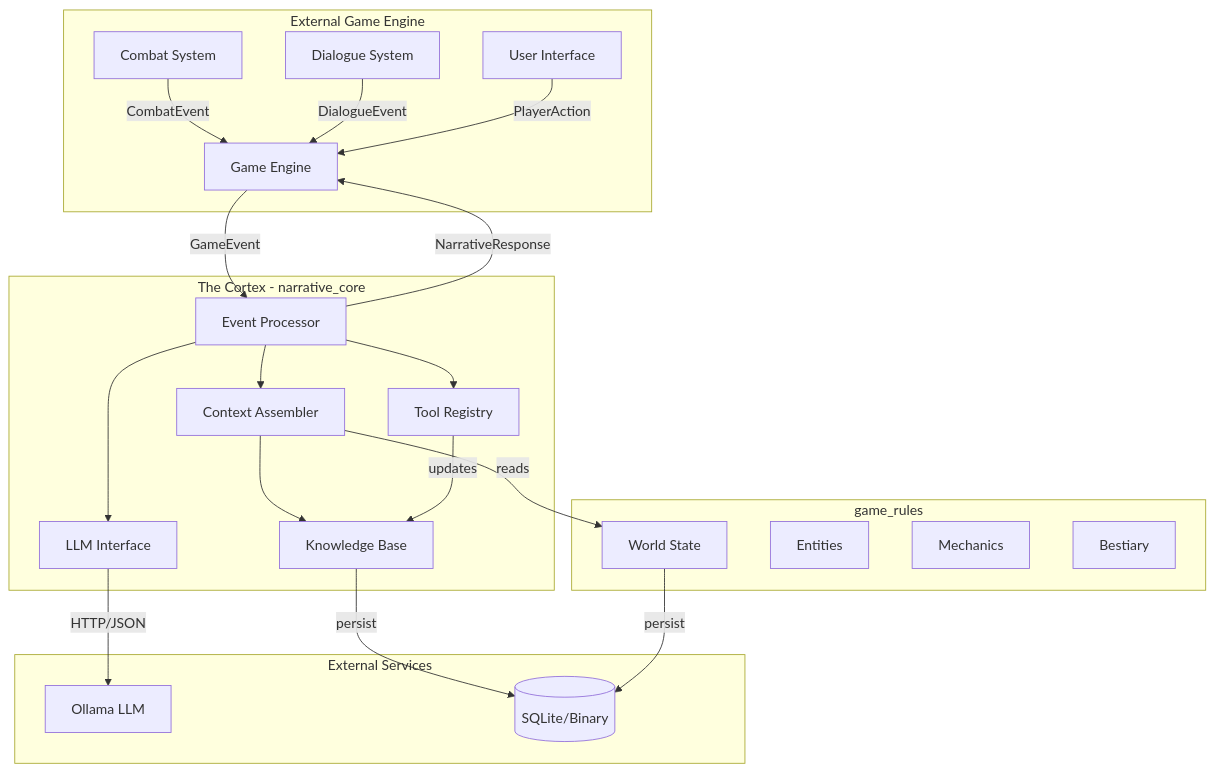
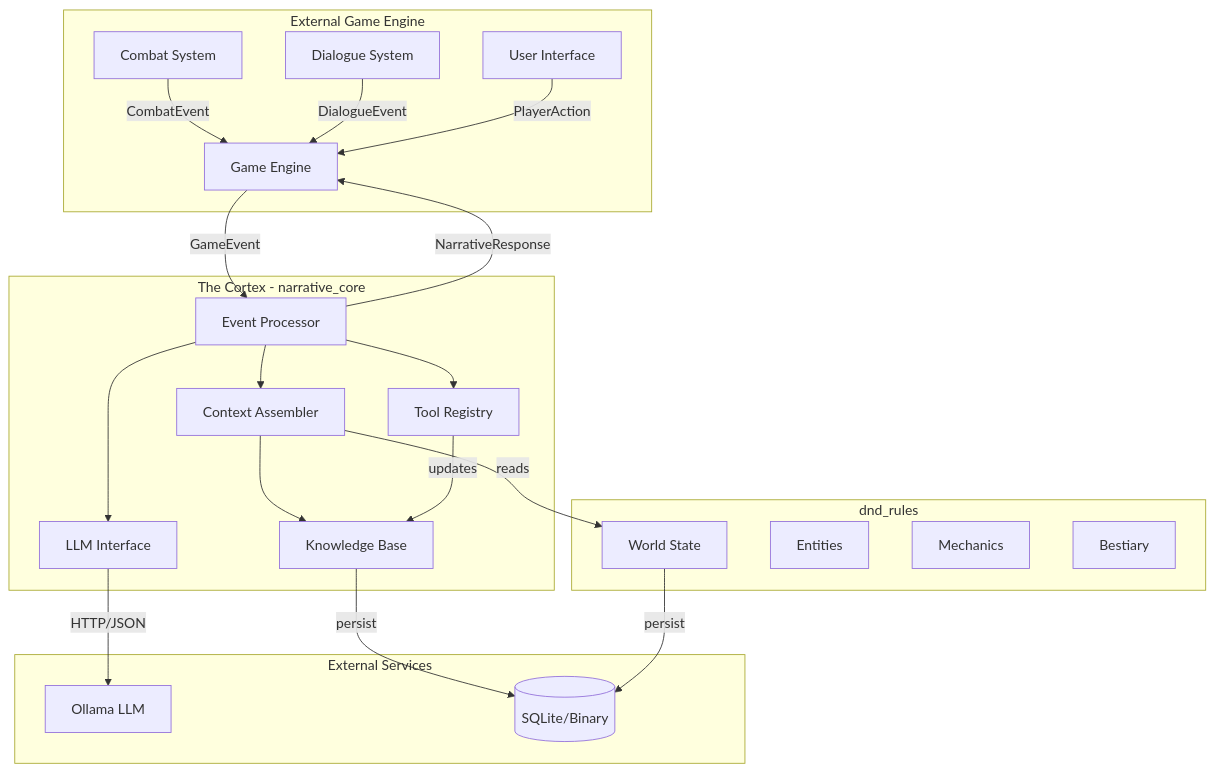
Before and after one commit to konard/uselessgoddess-cortex: the sixth of 9 diagrams in ARCHITECTURE.md, drawn with Mermaid. The commit also changed other lines of this file and 18 other files, not shown here.

First line of the commit message:
Remove code implementation, focus on architectural planning

````diff
--- a/ARCHITECTURE.md
+++ b/ARCHITECTURE.md
@@ -2371,49 +2311,49 @@
 ```mermaid
 graph TB
     subgraph "External Game Engine"
         GE[Game Engine]
         UI[User Interface]
         COMBAT[Combat System]
         DIALOGUE[Dialogue System]
     end
 
     subgraph "The Cortex - narrative_core"
         EP[Event Processor]
         CA[Context Assembler]
         KB[Knowledge Base]
         LLM[LLM Interface]
         TR[Tool Registry]
     end
 
-    subgraph "game_rules"
+    subgraph "dnd_rules"
         WS[World State]
         ENT[Entities]
         MECH[Mechanics]
         BEST[Bestiary]
     end
 
     subgraph "External Services"
         OLLAMA[Ollama LLM]
         STORAGE[(SQLite/Binary)]
     end
 
     GE -->|GameEvent| EP
     EP -->|NarrativeResponse| GE
 
     EP --> CA
     CA --> KB
     CA -->|reads| WS
 
     EP --> LLM
     LLM -->|HTTP/JSON| OLLAMA
 
     EP --> TR
     TR -->|updates| KB
 
     KB -->|persist| STORAGE
     WS -->|persist| STORAGE
 
     COMBAT -->|CombatEvent| GE
     DIALOGUE -->|DialogueEvent| GE
     UI -->|PlayerAction| GE
 ```
````
